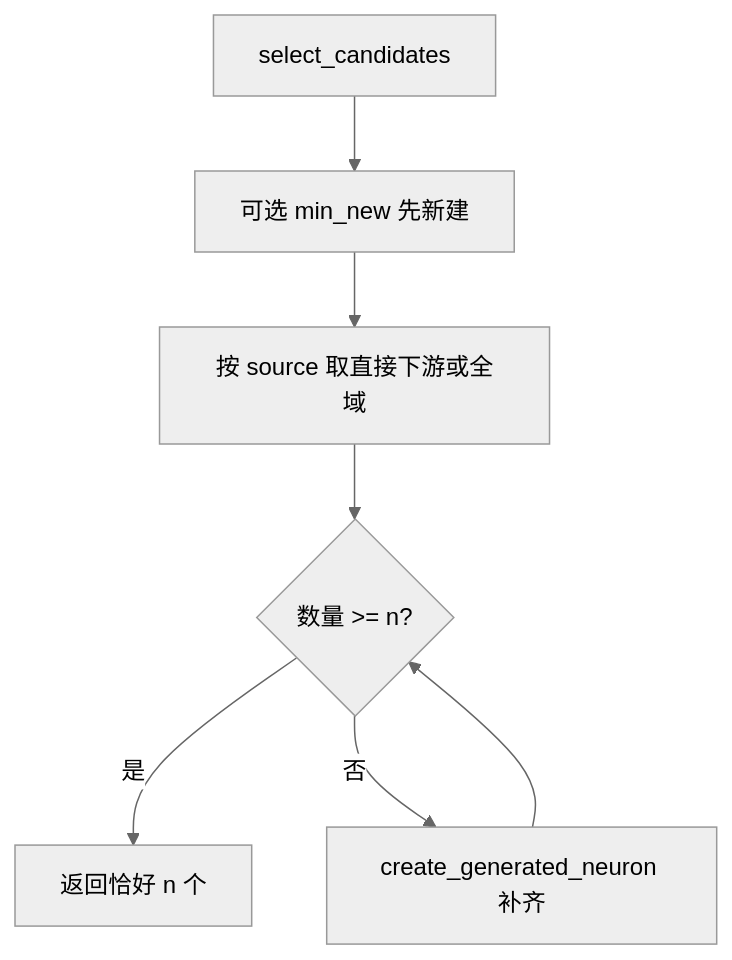
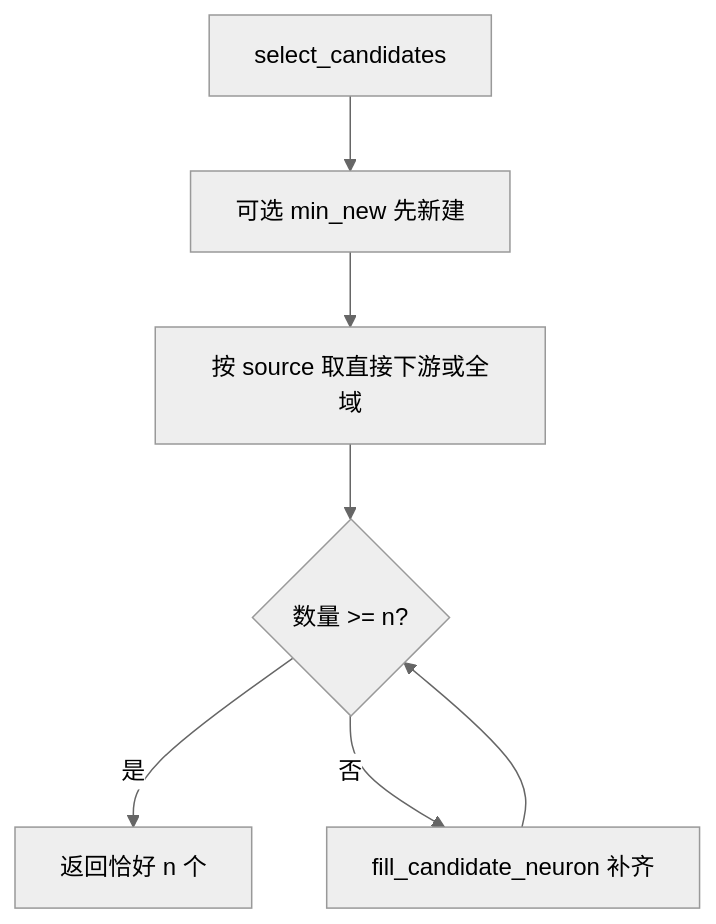
Before and after one commit to luoanb/new-start: the fourth of 4 diagrams in docs/agent-app/neuron-init.md, drawn with Mermaid (neutral theme). The commit also changed other lines of this file and 12 other files, not shown here.

````diff
--- a/docs/agent-app/neuron-init.md
+++ b/docs/agent-app/neuron-init.md
@@ -98,9 +114,9 @@
 ```mermaid
 flowchart TD
   A[select_candidates] --> B[可选 min_new 先新建]
   B --> C[按 source 取直接下游或全域]
   C --> D{数量 >= n?}
   D -->|是| E[返回恰好 n 个]
-  D -->|否| F[create_generated_neuron 补齐]
+  D -->|否| F[fill_candidate_neuron 补齐]
   F --> D
 ```
````
